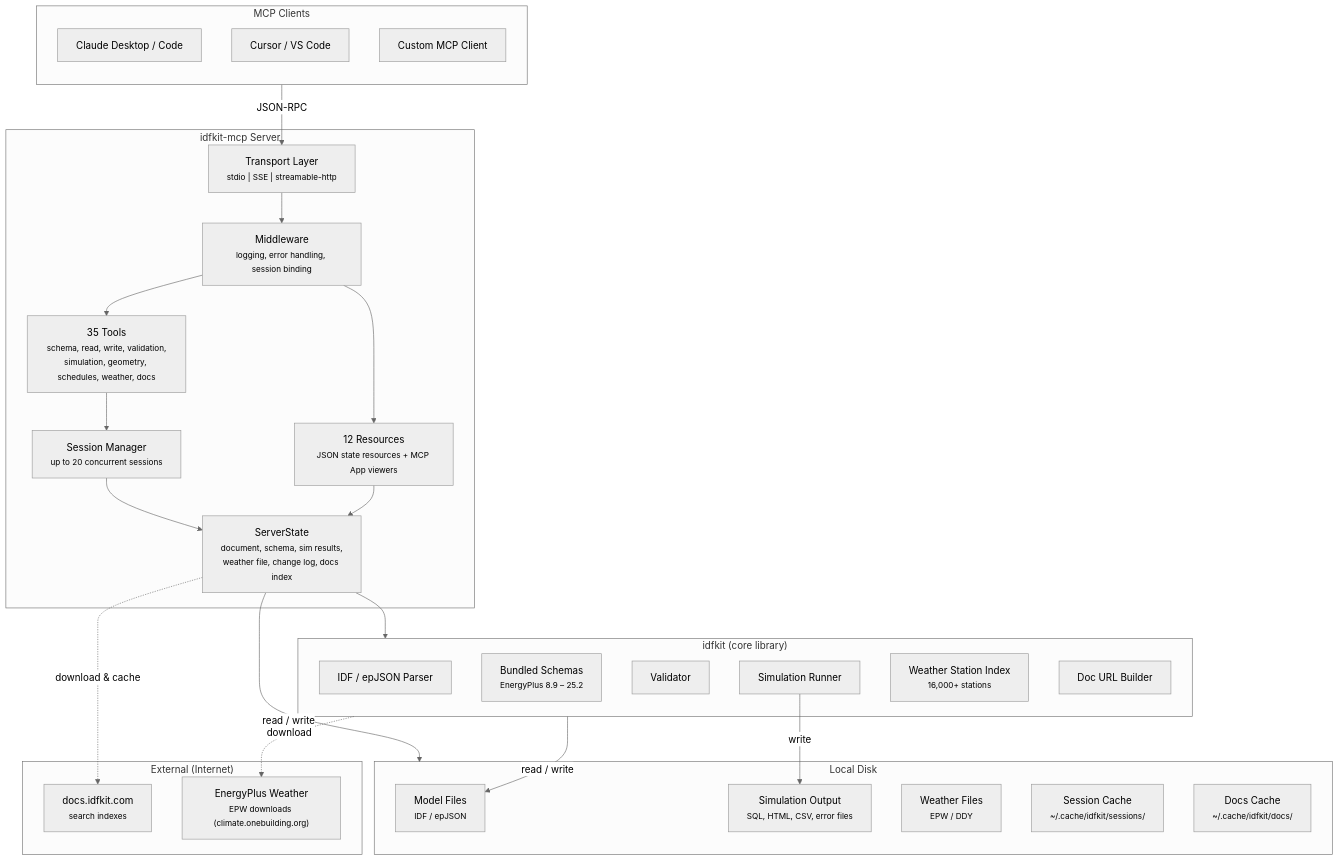
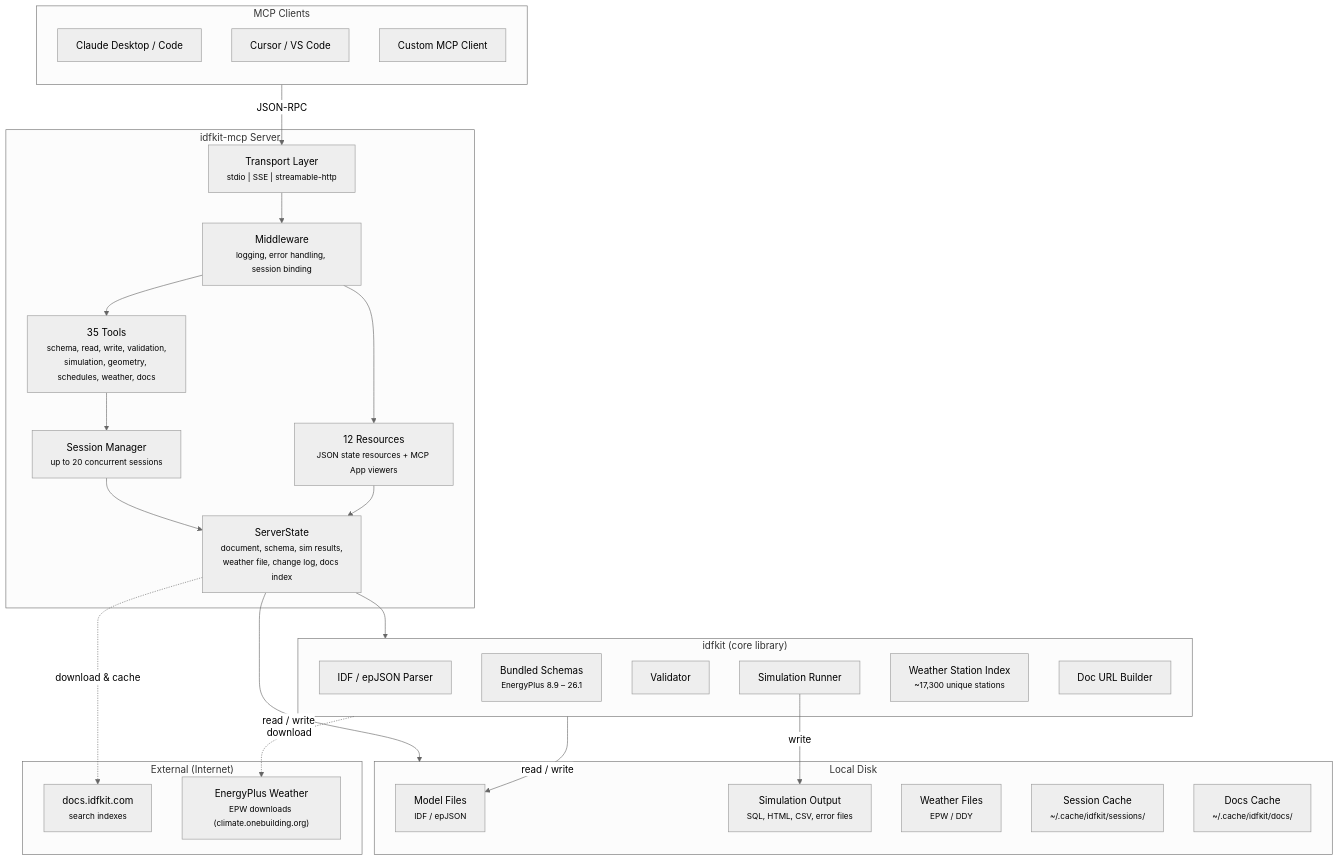
Before and after one commit to idfkit/idfkit-mcp: the first of 5 diagrams in docs/concepts/architecture.md, drawn with Mermaid. The commit also changed 3 other files, not shown here.

Commit message:
docs: reconcile tool count, EnergyPlus range, and stability claims (#72)

````diff
--- a/docs/concepts/architecture.md
+++ b/docs/concepts/architecture.md
@@ -7,56 +7,56 @@
 ```mermaid
 ---
 config:
   theme: 'neutral'
 ---
 graph TB
     subgraph Clients["MCP Clients"]
         direction TB
         Claude["Claude Desktop / Code"]
         Cursor["Cursor / VS Code"]
         Custom["Custom MCP Client"]
     end
 
     subgraph Server["idfkit-mcp Server"]
         Transport["Transport Layer<br/><small>stdio | SSE | streamable-http</small>"]
         Middleware["Middleware<br/><small>logging, error handling, session binding</small>"]
         Tools["35 Tools<br/><small>schema, read, write, validation,<br/>simulation, geometry, schedules, weather, docs</small>"]
         Resources["12 Resources<br/><small>JSON state resources + MCP App viewers</small>"]
         Session["Session Manager<br/><small>up to 20 concurrent sessions</small>"]
         State["ServerState<br/><small>document, schema, sim results,<br/>weather file, change log, docs index</small>"]
     end
 
     subgraph Core["idfkit (core library)"]
         Parser["IDF / epJSON Parser"]
-        Schema["Bundled Schemas<br/><small>EnergyPlus 8.9 &ndash; 25.2</small>"]
+        Schema["Bundled Schemas<br/><small>EnergyPlus 8.9 &ndash; 26.1</small>"]
         Validator["Validator"]
         SimRunner["Simulation Runner"]
-        WeatherIdx["Weather Station Index<br/><small>16,000+ stations</small>"]
+        WeatherIdx["Weather Station Index<br/><small>~17,300 unique stations</small>"]
         Docs["Doc URL Builder"]
     end
 
     subgraph Local["Local Disk"]
         ModelFiles["Model Files<br/><small>IDF / epJSON</small>"]
         SimOutput["Simulation Output<br/><small>SQL, HTML, CSV, error files</small>"]
         WeatherFiles["Weather Files<br/><small>EPW / DDY</small>"]
         SessionCache["Session Cache<br/><small>~/.cache/idfkit/sessions/</small>"]
         DocsCache["Docs Cache<br/><small>~/.cache/idfkit/docs/</small>"]
     end
 
     subgraph External["External (Internet)"]
         DocsSite["docs.idfkit.com<br/><small>search indexes</small>"]
         WeatherDL["EnergyPlus Weather<br/><small>EPW downloads (climate.onebuilding.org)</small>"]
     end
 
     Clients -->|"JSON-RPC"| Transport
     Transport --> Middleware --> Tools & Resources
     Tools --> Session --> State
     Resources --> State
 
     State --> Core
     State -->|"read / write"| Local
     State -.->|"download & cache"| DocsSite
     Core -.->|"download"| WeatherDL
     Core -->|"read / write"| ModelFiles
     SimRunner -->|"write"| SimOutput
 ```
````
